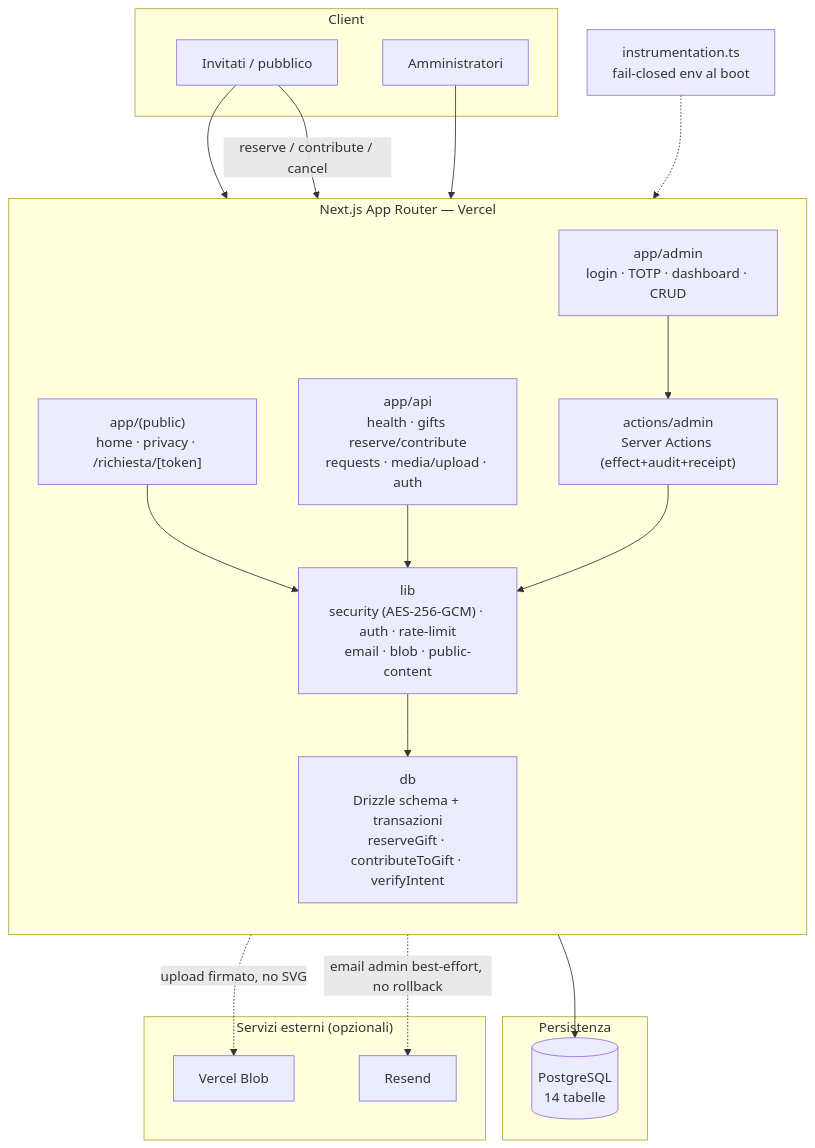
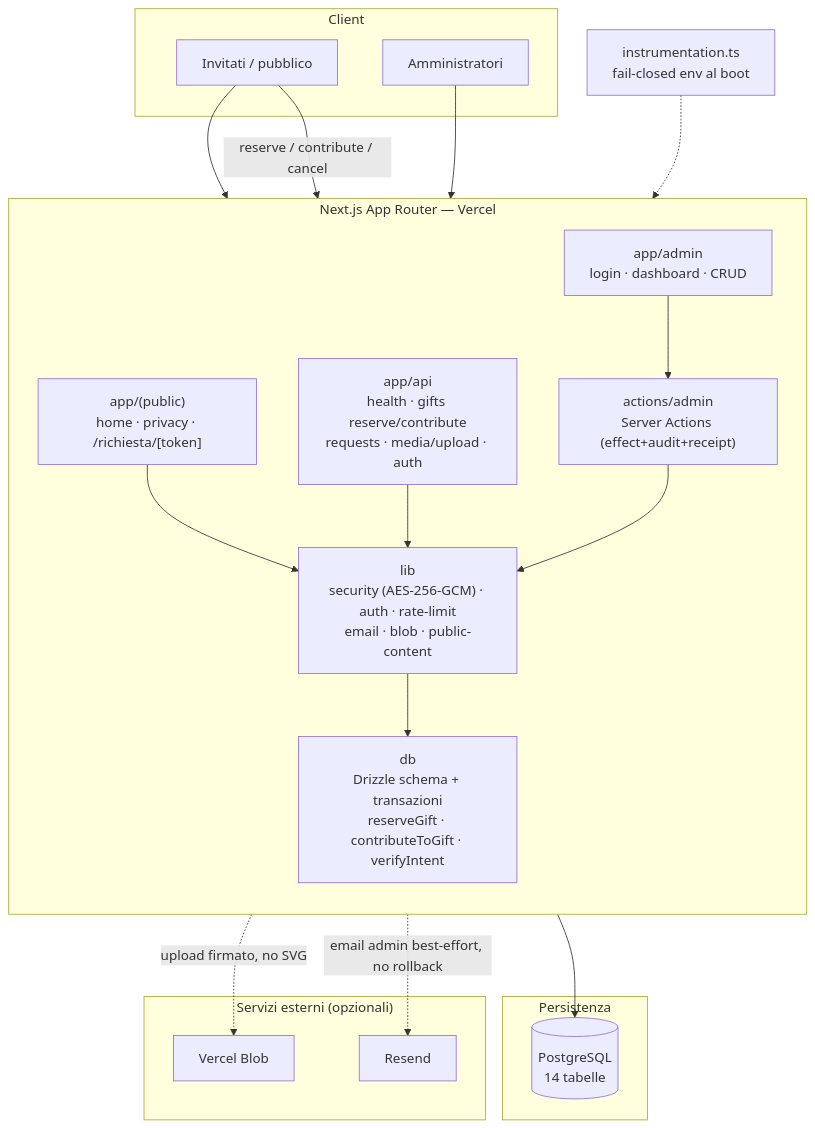
One commit to gabrielesanticchi/giuliaegabriele.love changed the first of 2 diagrams in README.md. Above: the diagram before and after it, drawn with Mermaid. The commit also changed other lines of this file and 39 other files, not shown here.

First line of the commit message:
refactor: remove TOTP two-factor auth; admin login is email + password only

````diff
--- a/README.md
+++ b/README.md
@@ -134,40 +132,40 @@
 ```mermaid
 flowchart TB
   subgraph client["Client"]
     G["Invitati / pubblico"]
     ADMU["Amministratori"]
   end
 
   subgraph next["Next.js App Router — Vercel"]
     direction TB
     PUB["app/(public)<br/>home · privacy · /richiesta/[token]"]
-    ADM["app/admin<br/>login · TOTP · dashboard · CRUD"]
+    ADM["app/admin<br/>login · dashboard · CRUD"]
     API["app/api<br/>health · gifts reserve/contribute<br/>requests · media/upload · auth"]
     SA["actions/admin<br/>Server Actions (effect+audit+receipt)"]
     LIB["lib<br/>security (AES-256-GCM) · auth · rate-limit<br/>email · blob · public-content"]
     DBX["db<br/>Drizzle schema + transazioni<br/>reserveGift · contributeToGift · verifyIntent"]
   end
 
   subgraph data["Persistenza"]
     PG[("PostgreSQL<br/>14 tabelle")]
   end
 
   subgraph ext["Servizi esterni (opzionali)"]
     BLOB["Vercel Blob"]
     RESEND["Resend"]
   end
 
   G --> PUB
   G -->|reserve / contribute / cancel| API
   ADMU --> ADM
   ADM --> SA
   PUB --> LIB
   API --> LIB
   SA --> LIB
   LIB --> DBX
   DBX --> PG
   LIB -.->|upload firmato, no SVG| BLOB
   LIB -.->|email admin best-effort, no rollback| RESEND
 
   instr["instrumentation.ts<br/>fail-closed env al boot"] -.-> next
 ```
````
